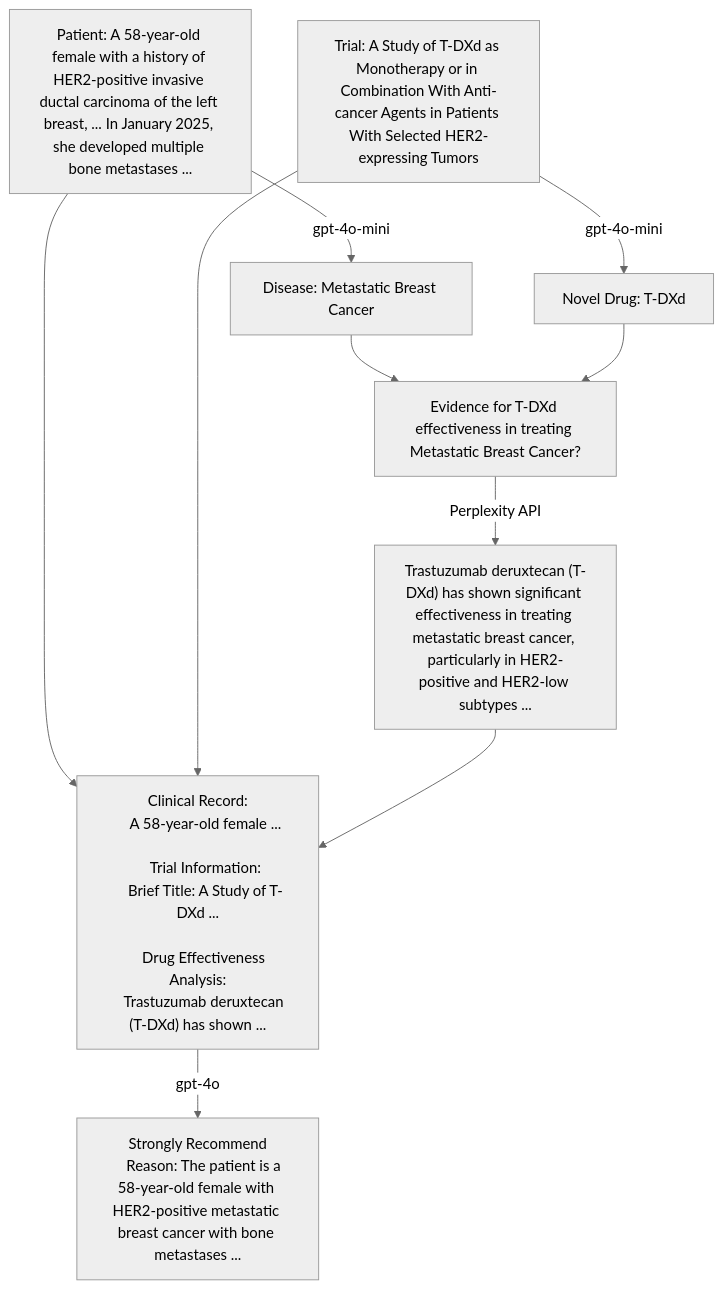
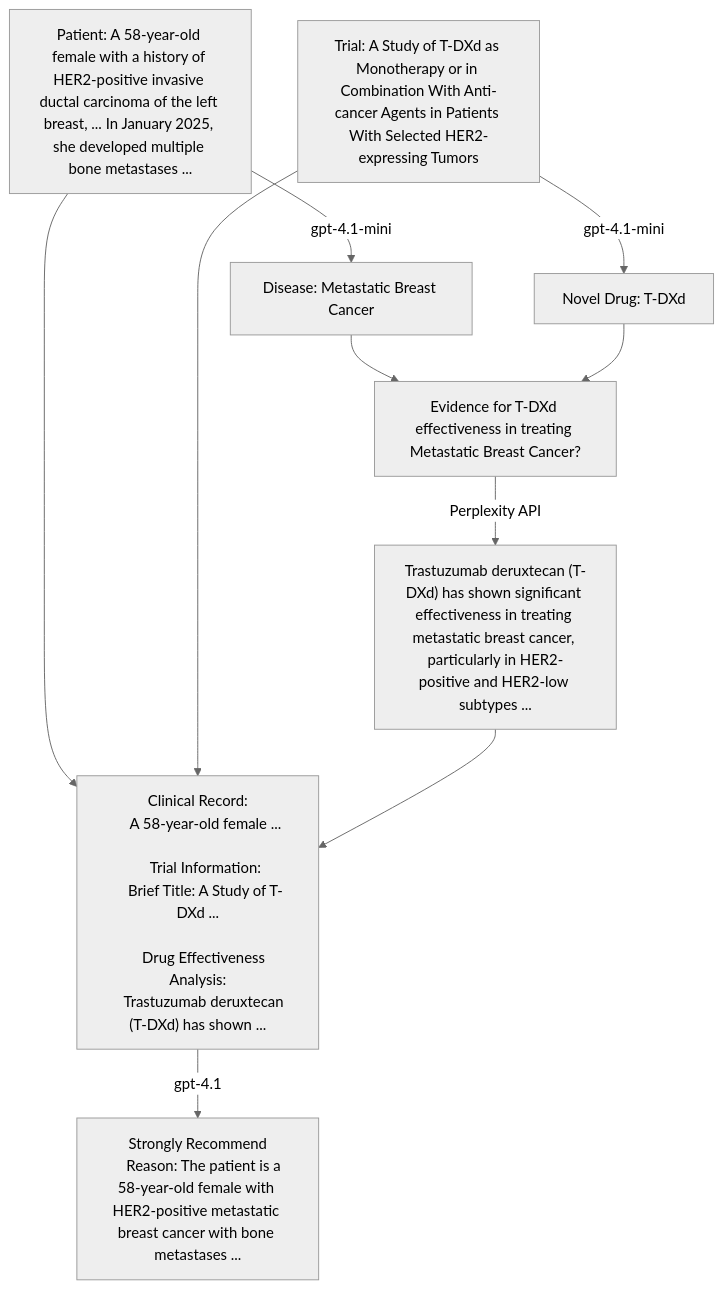
One commit to chncwang/ClinTrialFinder changed the diagram in README.md. Above: the diagram before and after it, drawn with Mermaid (neutral theme). The commit also changed other lines of this file, not shown here.

Commit message:
docs(README.md): update GPT model references from GPT-4o to GPT-4.1 for accuracy and consistency

````diff
--- a/README.md
+++ b/README.md
@@ -24,26 +24,26 @@
 ```mermaid
 graph TD
     A[Patient: A 58-year-old female with a history of HER2-positive invasive ductal carcinoma of the left breast, ... In January 2025, she developed multiple bone metastases ...]
     B[Disease: Metastatic Breast Cancer]
     C[Trial: A Study of T-DXd as Monotherapy or in Combination With Anti-cancer Agents in Patients With Selected HER2-expressing Tumors]
     D[Novel Drug: T-DXd]
-    A -->|gpt-4o-mini| B
-    C -->|gpt-4o-mini| D
+    A -->|gpt-4.1-mini| B
+    C -->|gpt-4.1-mini| D
     E[Evidence for T-DXd effectiveness in treating Metastatic Breast Cancer?]
     B --> E
     D --> E
     F["Trastuzumab deruxtecan (T-DXd) has shown significant effectiveness in treating metastatic breast cancer, particularly in HER2-positive and HER2-low subtypes ..."]
     E -->|Perplexity API| F
     G["Clinical Record:
     A 58-year-old female ...<br>
     Trial Information:
     Brief Title: A Study of T-DXd ...<br>
     Drug Effectiveness Analysis:
     Trastuzumab deruxtecan (T-DXd) has shown ..."]
     A --> G
     C --> G
     F --> G
     H[Strongly Recommend
     Reason: The patient is a 58-year-old female with HER2-positive metastatic breast cancer with bone metastases ...]
-    G -->|gpt-4o| H
+    G -->|gpt-4.1| H
 ```
````
